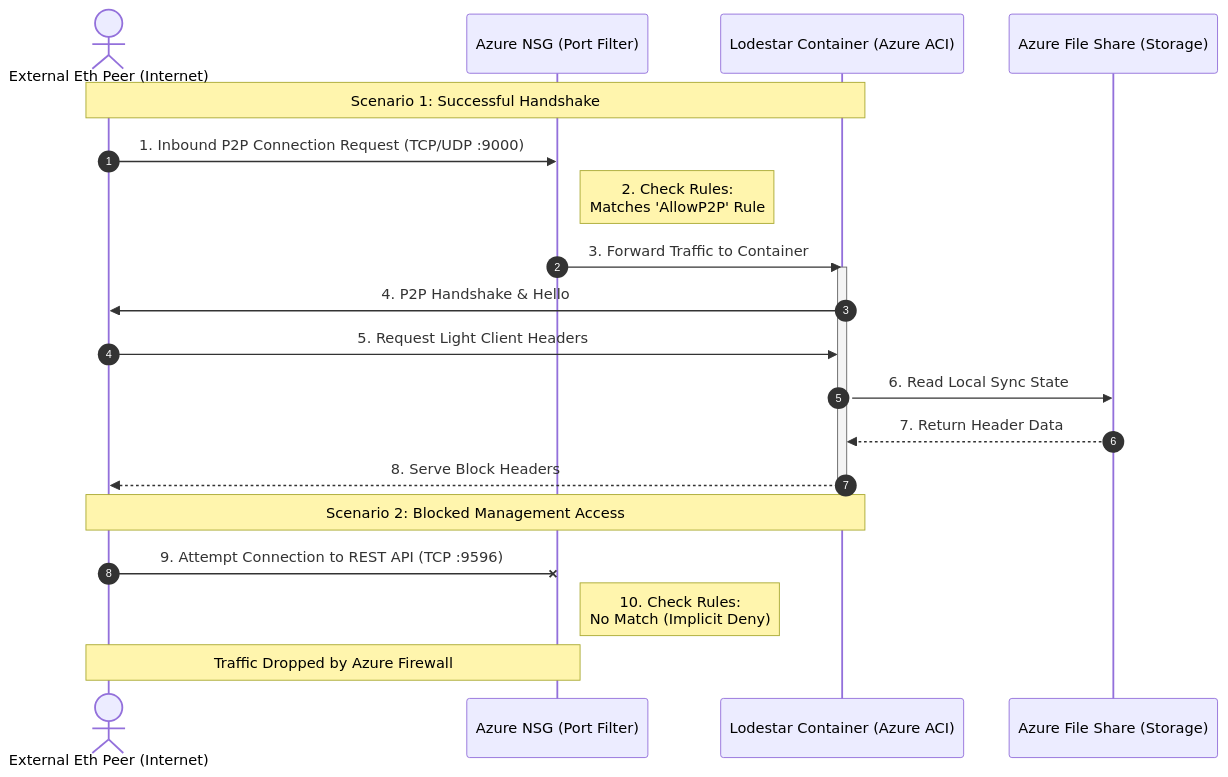
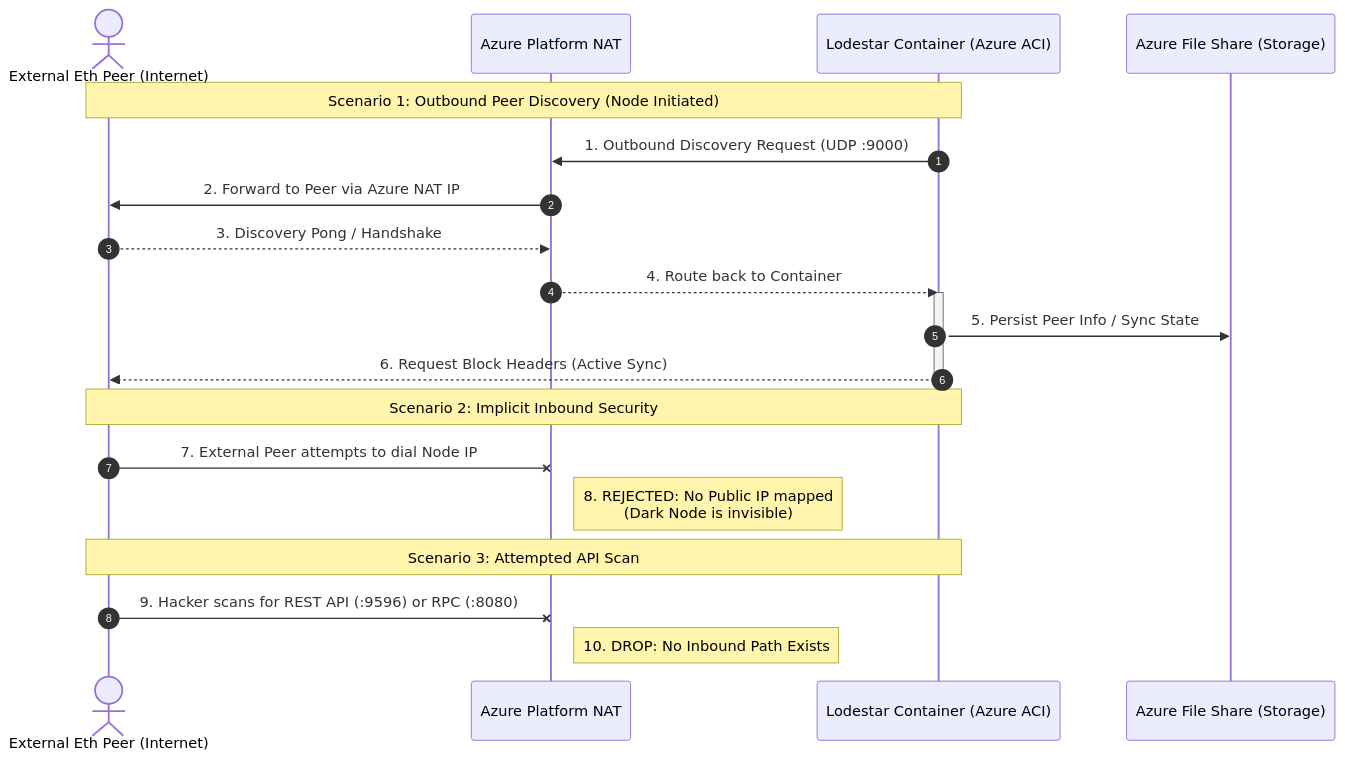
One commit to vfr750y/Cost-Optimized-Ethereum-Node-On-Azure changed the third of 3 diagrams in LowLevelDesign.md. Above: the diagram before and after it, drawn with Mermaid. The commit also changed other lines of this file, not shown here.

````diff
--- a/LowLevelDesign.md
+++ b/LowLevelDesign.md
@@ -298,27 +298,29 @@
 ```mermaid
 sequenceDiagram
     autonumber
     actor Peer as External Eth Peer (Internet)
-    participant NSG as Azure NSG (Port Filter)
+    participant NAT as Azure Platform NAT
     participant LS as Lodestar Container (Azure ACI)
     participant Disk as Azure File Share (Storage)
 
-    Note over Peer, LS: Scenario 1: Successful Handshake
+    Note over LS, Peer: Scenario 1: Outbound Peer Discovery (Node Initiated)
 
-    Peer->>NSG: 1. Inbound P2P Connection Request (TCP/UDP :9000)
-    Note right of NSG: 2. Check Rules:<br/>Matches 'AllowP2P' Rule
-    NSG->>LS: 3. Forward Traffic to Container
+    LS->>NAT: 1. Outbound Discovery Request (UDP :9000)
+    NAT->>Peer: 2. Forward to Peer via Azure NAT IP
+    Peer-->>NAT: 3. Discovery Pong / Handshake
+    NAT-->>LS: 4. Route back to Container
     activate LS
-    LS->>Peer: 4. P2P Handshake & Hello
-    Peer->>LS: 5. Request Light Client Headers
-    LS->>Disk: 6. Read Local Sync State
-    Disk-->>LS: 7. Return Header Data
-    LS-->>Peer: 8. Serve Block Headers
+    LS->>Disk: 5. Persist Peer Info / Sync State
+    LS-->>Peer: 6. Request Block Headers (Active Sync)
     deactivate LS
 
-    Note over Peer, LS: Scenario 2: Blocked Management Access
+    Note over Peer, LS: Scenario 2: Implicit Inbound Security
 
-    Peer-xNSG: 9. Attempt Connection to REST API (TCP :9596)
-    Note right of NSG: 10. Check Rules:<br/>No Match (Implicit Deny)
-    Note over Peer, NSG: Traffic Dropped by Azure Firewall
+    Peer-xNAT: 7. External Peer attempts to dial Node IP
+    Note right of NAT: 8. REJECTED: No Public IP mapped<br/>(Dark Node is invisible)
+
+    Note over Peer, LS: Scenario 3: Attempted API Scan
+
+    Peer-xNAT: 9. Hacker scans for REST API (:9596) or RPC (:8080)
+    Note right of NAT: 10. DROP: No Inbound Path Exists
 ```
````
